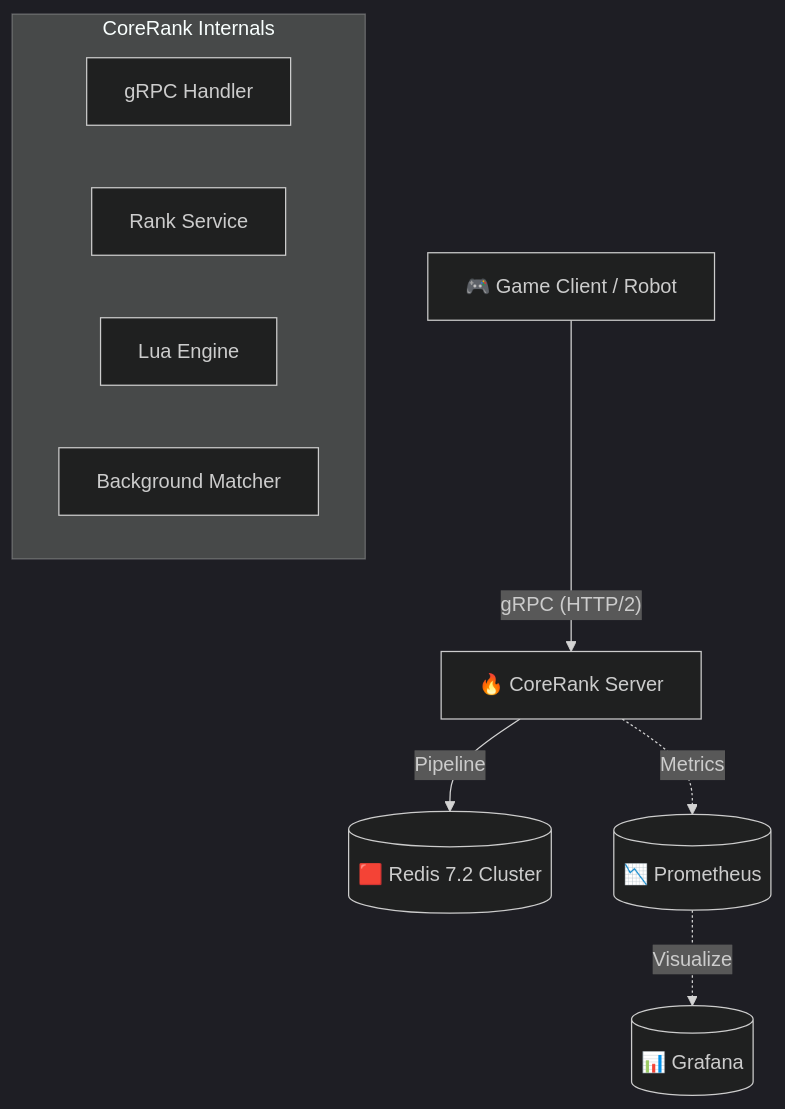
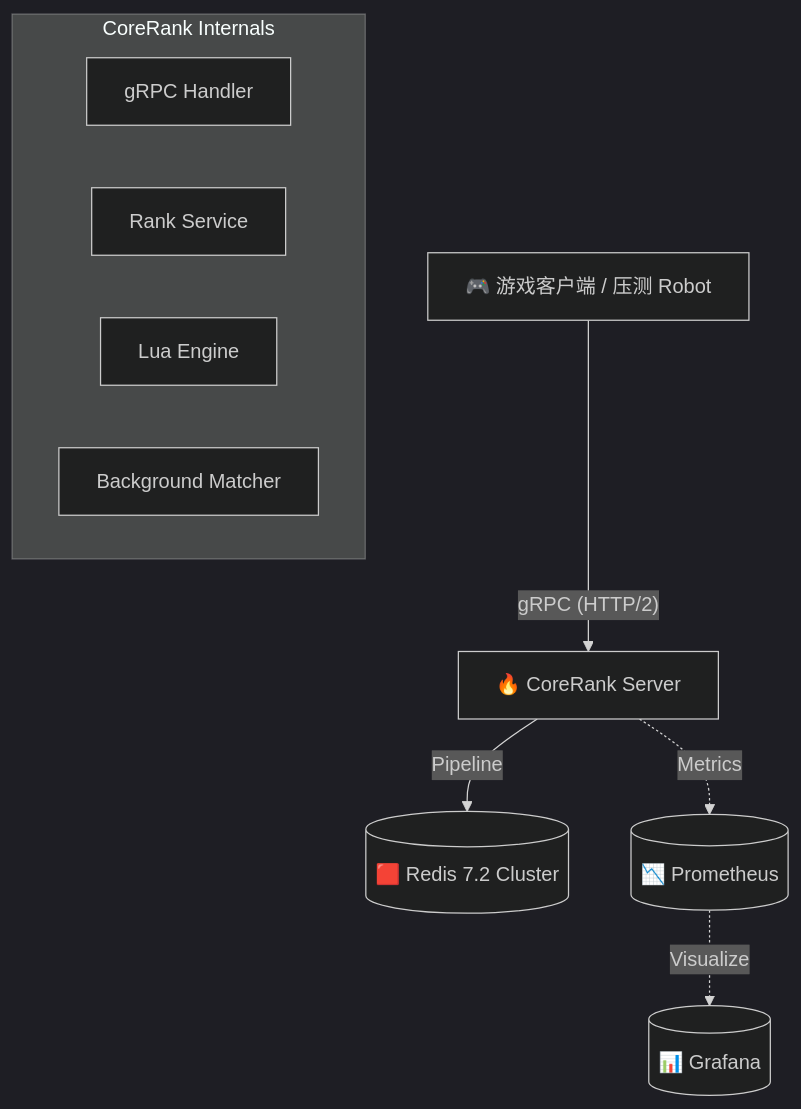
One commit to jingjie2002/CoreRank changed the diagram in README.md. Above: the diagram before and after it, drawn with Mermaid (dark theme). The commit also changed other lines of this file and 371 other files, not shown here.

````diff
--- a/README.md
+++ b/README.md
@@ -32,14 +34,14 @@
 ```mermaid
 graph TB
-    Client["🎮 Game Client / Robot"] -- "gRPC (HTTP/2)" --> Server["🔥 CoreRank Server"]
+    Client["🎮 游戏客户端 / 压测 Robot"] -- "gRPC (HTTP/2)" --> Server["🔥 CoreRank Server"]
     Server -- "Pipeline" --> Redis[("🟥 Redis 7.2 Cluster")]
     Server -. "Metrics" .-> Prometheus[("📉 Prometheus")]
     Prometheus -. "Visualize" .-> Grafana[("📊 Grafana")]
 
     subgraph "CoreRank Internals"
         Handler["gRPC Handler"]
         Service["Rank Service"]
         Lua["Lua Engine"]
         Worker["Background Matcher"]
     end
 ```
````
